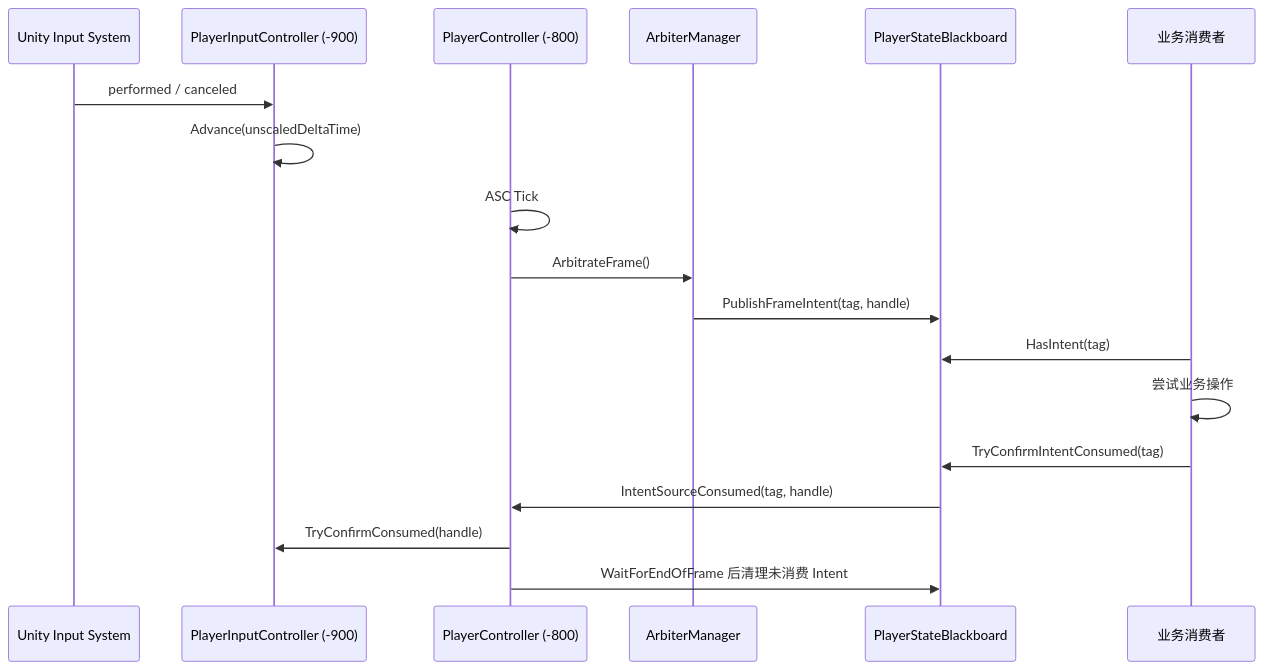
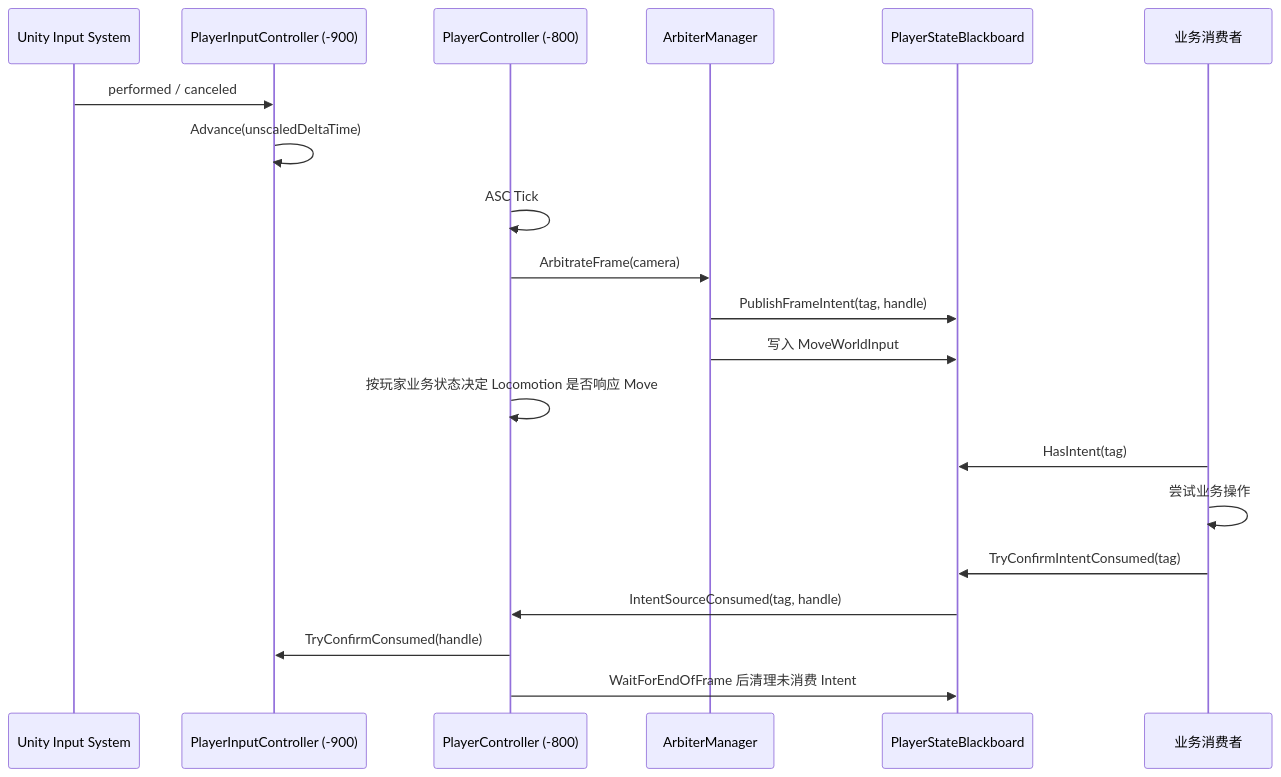
The third of 3 diagrams in Assets/Scripts/Input/PlayerInputPreprocessing.md (Whitesheeeep/3DRPG), drawn with Mermaid before and after one commit. The commit also changed other lines of this file and 161 other files, not shown here.

````diff
--- a/Assets/Scripts/Input/PlayerInputPreprocessing.md
+++ b/Assets/Scripts/Input/PlayerInputPreprocessing.md
@@ -281,21 +281,23 @@
 ```mermaid
 sequenceDiagram
     participant IS as Unity Input System
     participant IC as PlayerInputController (-900)
     participant PC as PlayerController (-800)
     participant AM as ArbiterManager
     participant BB as PlayerStateBlackboard
     participant BC as 业务消费者
 
     IS->>IC: performed / canceled
     IC->>IC: Advance(unscaledDeltaTime)
     PC->>PC: ASC Tick
-    PC->>AM: ArbitrateFrame()
+    PC->>AM: ArbitrateFrame(camera)
     AM->>BB: PublishFrameIntent(tag, handle)
+    AM->>BB: 写入 MoveWorldInput
+    PC->>PC: 按玩家业务状态决定 Locomotion 是否响应 Move
     BC->>BB: HasIntent(tag)
     BC->>BC: 尝试业务操作
     BC->>BB: TryConfirmIntentConsumed(tag)
     BB->>PC: IntentSourceConsumed(tag, handle)
     PC->>IC: TryConfirmConsumed(handle)
     PC->>BB: WaitForEndOfFrame 后清理未消费 Intent
 ```
````
